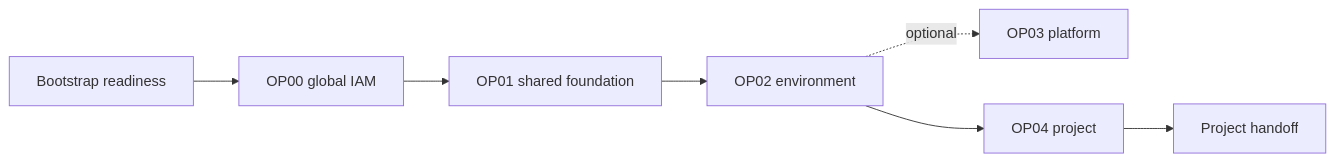
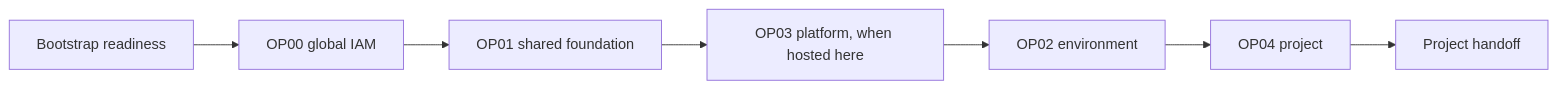
Before and after one commit to multicloud-control-plane/oci-landing-zone: the diagram in docs/architecture.md, drawn with Mermaid. The commit also changed other lines of this file and 10 other files, not shown here.

````diff
--- a/docs/architecture.md
+++ b/docs/architecture.md
@@ -6,9 +6,9 @@
 ```mermaid
 flowchart LR
   B[Bootstrap readiness] --> O0[OP00 global IAM]
   O0 --> O1[OP01 shared foundation]
-  O1 --> O2[OP02 environment]
-  O2 -. optional .-> O3[OP03 platform]
+  O1 --> O3[OP03 platform, when hosted here]
+  O3 --> O2[OP02 environment]
   O2 --> O4[OP04 project]
   O4 --> H[Project handoff]
 ```
````
